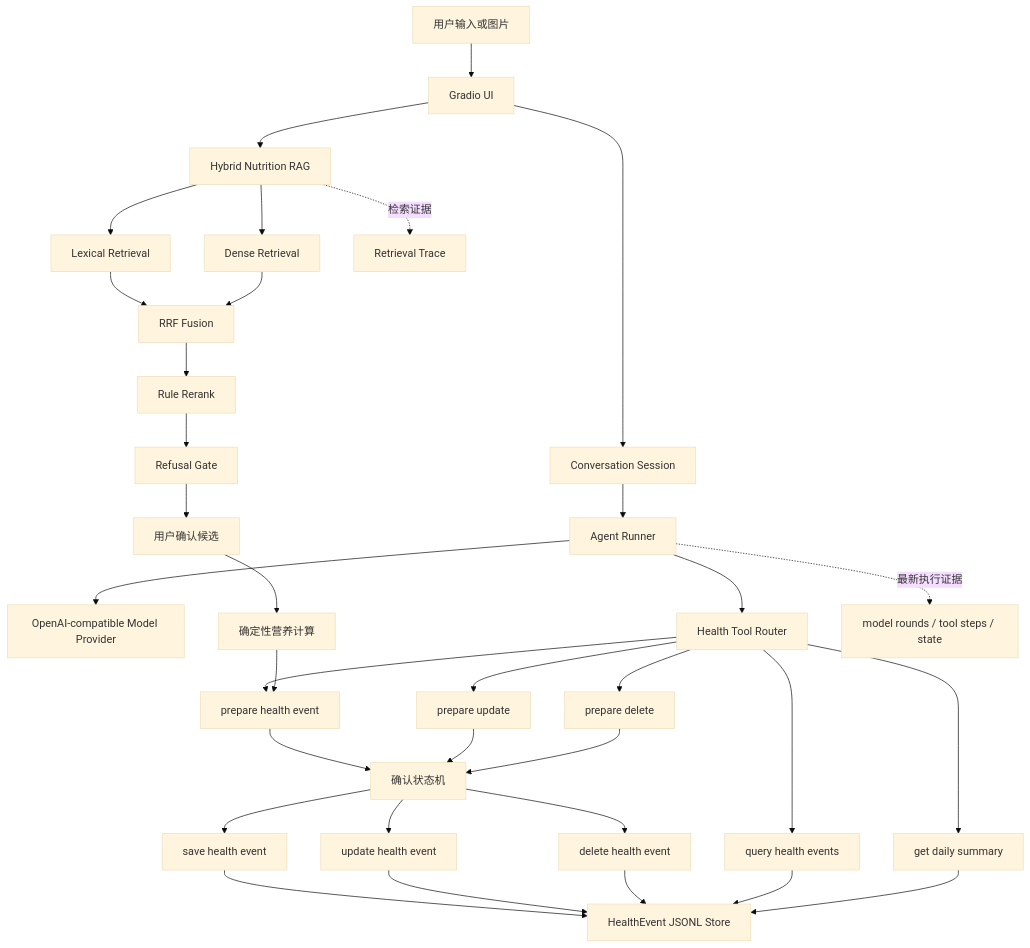
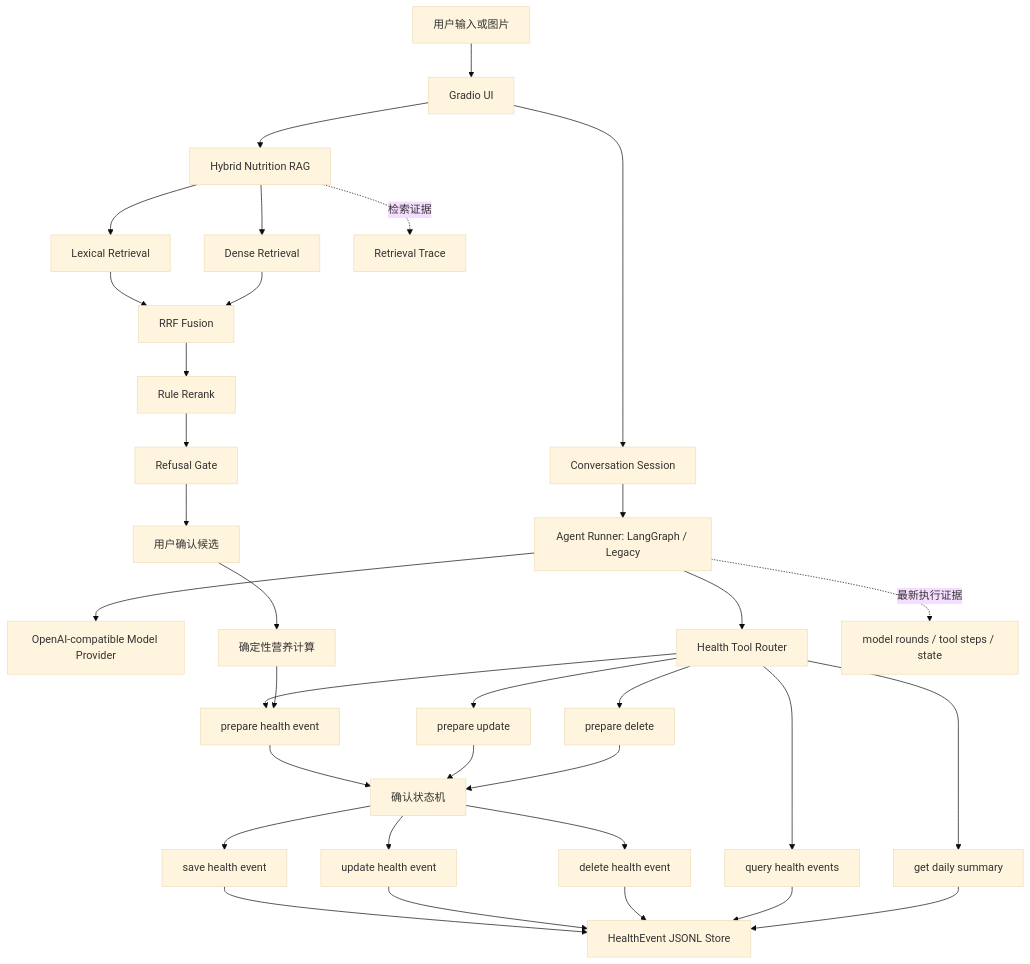
One commit to Woresy/health-assistant-agent changed the diagram in README.md. Above: the diagram before and after it, drawn with Mermaid (base theme). The commit also changed other lines of this file and 11 other files, not shown here.

````diff
--- a/README.md
+++ b/README.md
@@ -177,43 +211,43 @@
 ```mermaid
 flowchart TD
     U[用户输入或图片] --> UI[Gradio UI]
 
     UI --> CS[Conversation Session]
-    CS --> AR[Agent Runner]
+    CS --> AR[Agent Runner: LangGraph / Legacy]
     AR --> MP[OpenAI-compatible Model Provider]
     AR --> TR[Health Tool Router]
 
     TR --> PH[prepare health event]
     TR --> QH[query health events]
     TR --> PU[prepare update]
     TR --> PD[prepare delete]
     TR --> DS[get daily summary]
 
     PH --> CF[确认状态机]
     PU --> CF
     PD --> CF
 
     CF --> SH[save health event]
     CF --> UH[update health event]
     CF --> DH[delete health event]
 
     SH --> STORE[HealthEvent JSONL Store]
     UH --> STORE
     DH --> STORE
     QH --> STORE
     DS --> STORE
 
     UI --> RAG[Hybrid Nutrition RAG]
     RAG --> LEX[Lexical Retrieval]
     RAG --> DENSE[Dense Retrieval]
     LEX --> RRF[RRF Fusion]
     DENSE --> RRF
     RRF --> RR[Rule Rerank]
     RR --> GATE[Refusal Gate]
     GATE --> CAND[用户确认候选]
     CAND --> CALC[确定性营养计算]
     CALC --> PH
 
     RAG -.检索证据.-> RT[Retrieval Trace]
     AR -.最新执行证据.-> EV[model rounds / tool steps / state]
 ```
````
